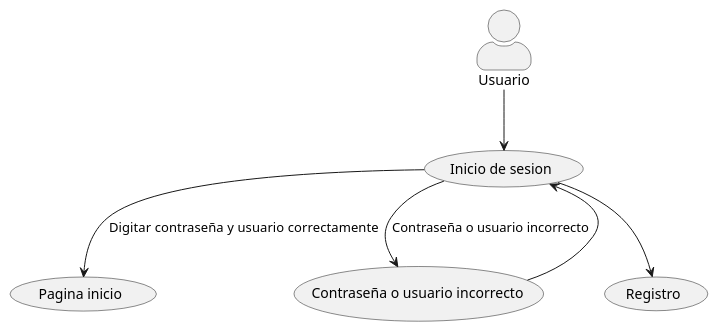
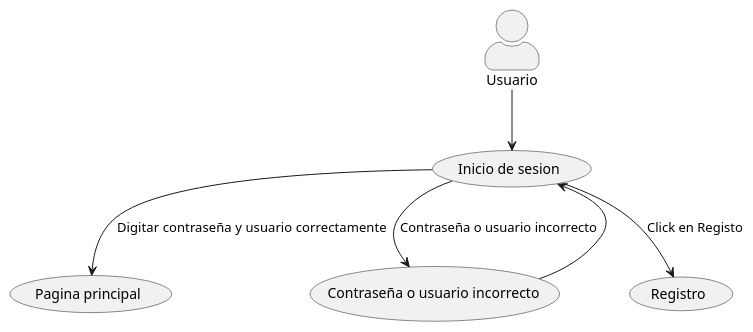
The diagram in IniS.puml (DDSlayer64/Casos-Uso), drawn with PlantUML before and after one commit. The commit also changed 6 other files, not shown here.

```diff
--- a/IniS.puml
+++ b/IniS.puml
@@ -1,18 +1,18 @@
 @startuml CasosDeUso
 skinparam actorStyle awesome
 
 :Usuario: as usuario 
 (Inicio de sesion) as inicioS
-(Pagina inicio) as inicio 
+(Pagina principal) as principal
 (Contraseña o usuario incorrecto) as Cu
 (Registro) as re
 
 
-inicioS --> inicio : Digitar contraseña y usuario  correctamente
+inicioS --> principal : Digitar contraseña y usuario  correctamente
 usuario --> inicioS
 inicioS --> Cu : Contraseña o usuario incorrecto 
 Cu --> inicioS
-inicioS --> re
+inicioS --> re :Click en Registo
 
 
 @enduml
```
